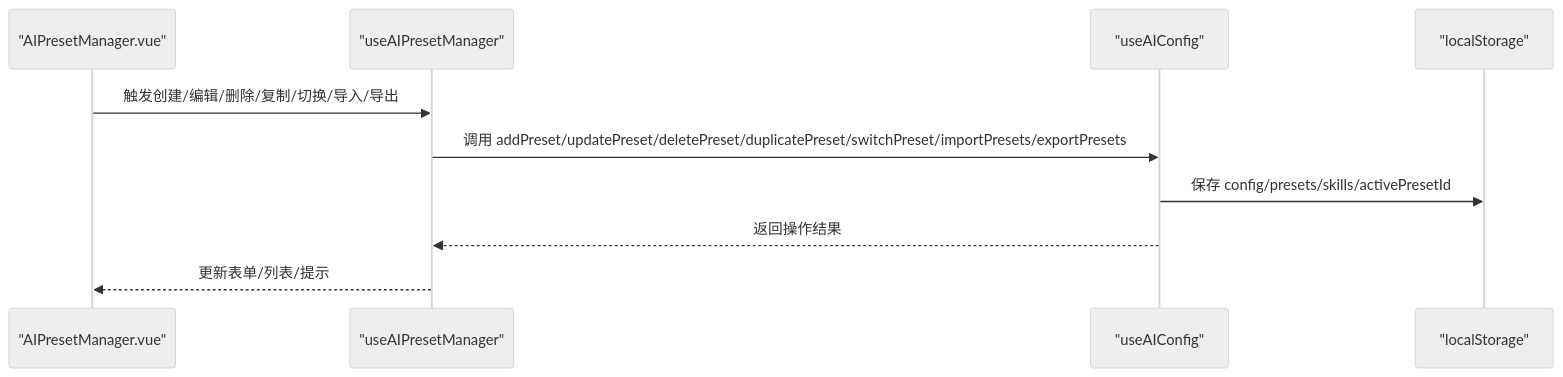
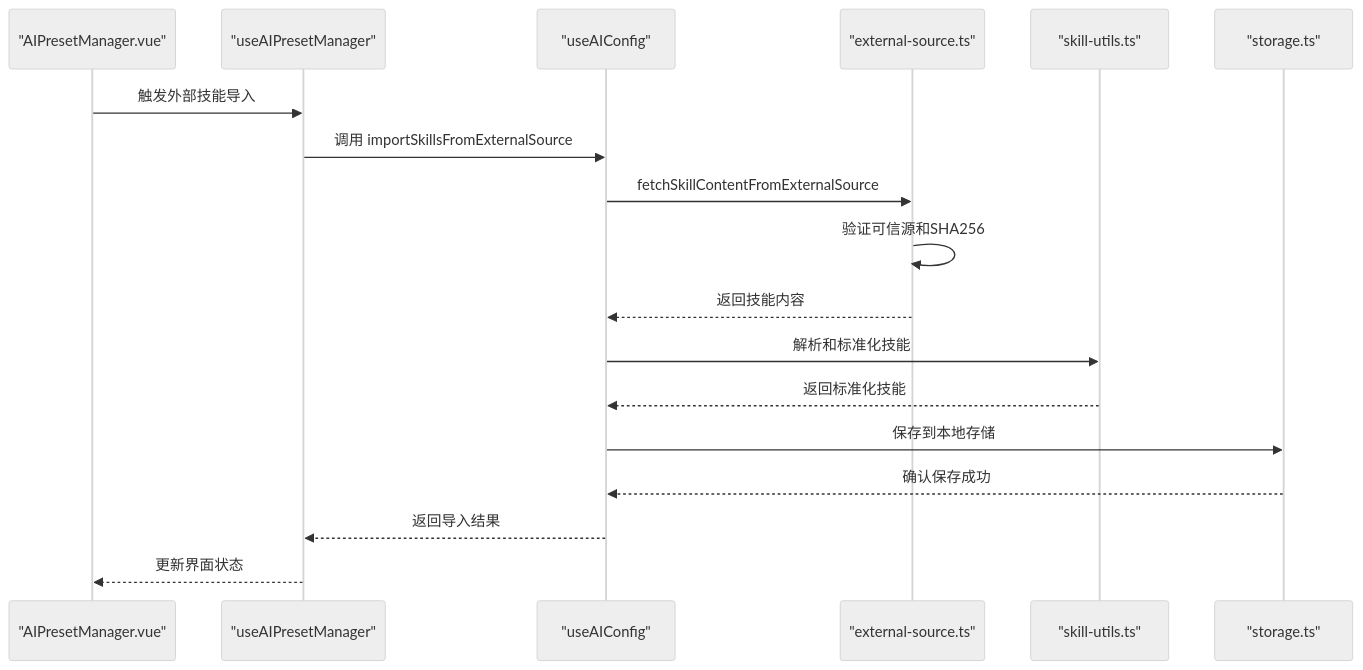
The third of 5 diagrams in .qoder/repowiki/zh/content/核心模块/AI助手系统/预设配置.md (xixixiaoyu/Todo), drawn with Mermaid (neutral theme) before and after one commit. The commit also changed other lines of this file and 5 other files, not shown here.

````diff
--- a/.qoder/repowiki/zh/content/核心模块/AI助手系统/预设配置.md
+++ b/.qoder/repowiki/zh/content/核心模块/AI助手系统/预设配置.md
@@ -238,12 +281,20 @@
 ```mermaid
 sequenceDiagram
 participant UI as "AIPresetManager.vue"
 participant PM as "useAIPresetManager"
 participant AC as "useAIConfig"
-participant LS as "localStorage"
-UI->>PM : 触发创建/编辑/删除/复制/切换/导入/导出
-PM->>AC : 调用 addPreset/updatePreset/deletePreset/duplicatePreset/switchPreset/importPresets/exportPresets
-AC->>LS : 保存 config/presets/skills/activePresetId
-AC-->>PM : 返回操作结果
-PM-->>UI : 更新表单/列表/提示
+participant ES as "external-source.ts"
+participant SU as "skill-utils.ts"
+participant ST as "storage.ts"
+UI->>PM : 触发外部技能导入
+PM->>AC : 调用 importSkillsFromExternalSource
+AC->>ES : fetchSkillContentFromExternalSource
+ES->>ES : 验证可信源和SHA256
+ES-->>AC : 返回技能内容
+AC->>SU : 解析和标准化技能
+SU-->>AC : 返回标准化技能
+AC->>ST : 保存到本地存储
+ST-->>AC : 确认保存成功
+AC-->>PM : 返回导入结果
+PM-->>UI : 更新界面状态
 ```
````
